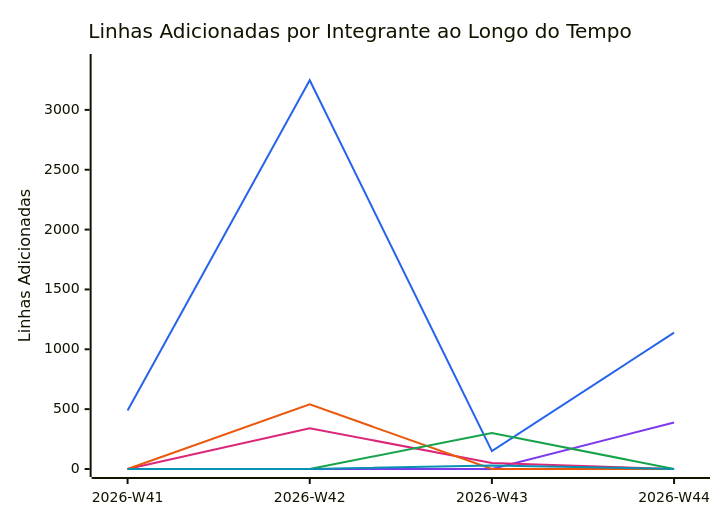
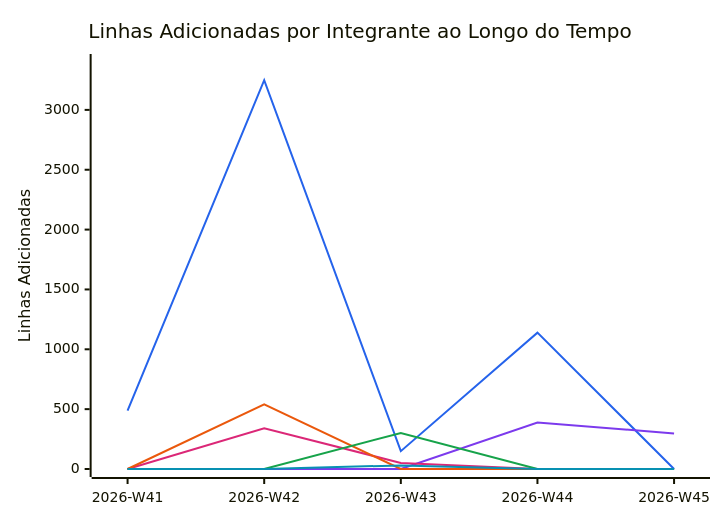
The diagram in documentation/snippets/management/code-additions.mmd (FCTE-Qualidade-de-Software-1/2026-2_T02_FRANS_BILAS), drawn with Mermaid before and after one commit. The commit also changed 3 other files, not shown here.

```diff
--- a/documentation/snippets/management/code-additions.mmd
+++ b/documentation/snippets/management/code-additions.mmd
@@ -1,11 +1,11 @@
 %%{init: {"themeVariables": {"xyChart": {"plotColorPalette": "#2563eb, #7c3aed, #db2777, #ea580c, #16a34a, #0891b2"}}}}%%
 xychart-beta
     title "Linhas Adicionadas por Integrante ao Longo do Tempo"
-    x-axis ["2026-W41", "2026-W42", "2026-W43", "2026-W44"]
+    x-axis ["2026-W41", "2026-W42", "2026-W43", "2026-W44", "2026-W45"]
     y-axis "Linhas Adicionadas" 0 --> 3400
-    line [488, 3248, 149, 1139]
-    line [0, 0, 0, 389]
-    line [0, 340, 51, 0]
-    line [0, 540, 0, 0]
-    line [0, 0, 301, 0]
-    line [0, 0, 30, 0]
+    line [488, 3248, 149, 1139, 0]
+    line [0, 0, 0, 389, 297]
+    line [0, 340, 51, 0, 0]
+    line [0, 540, 0, 0, 0]
+    line [0, 0, 301, 0, 0]
+    line [0, 0, 30, 0, 0]
```
